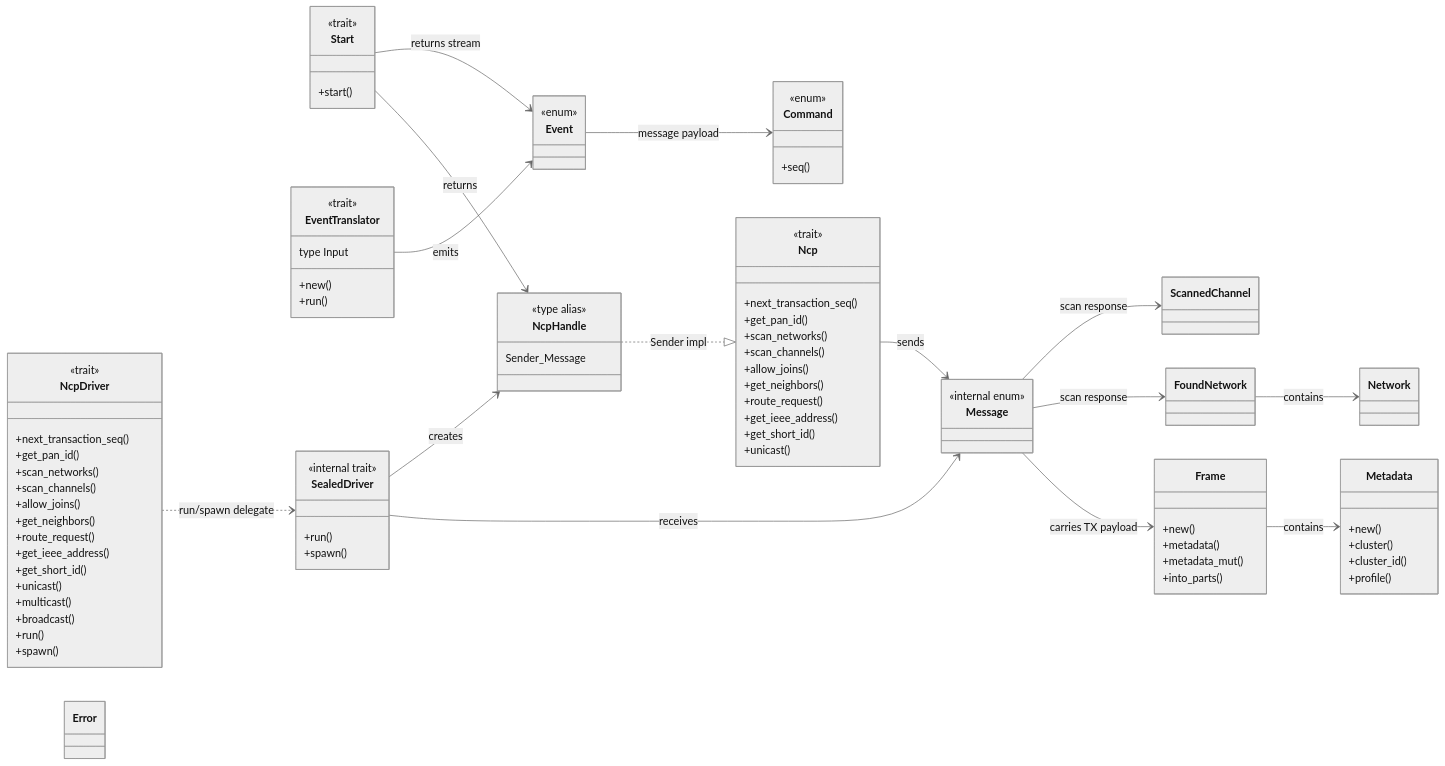
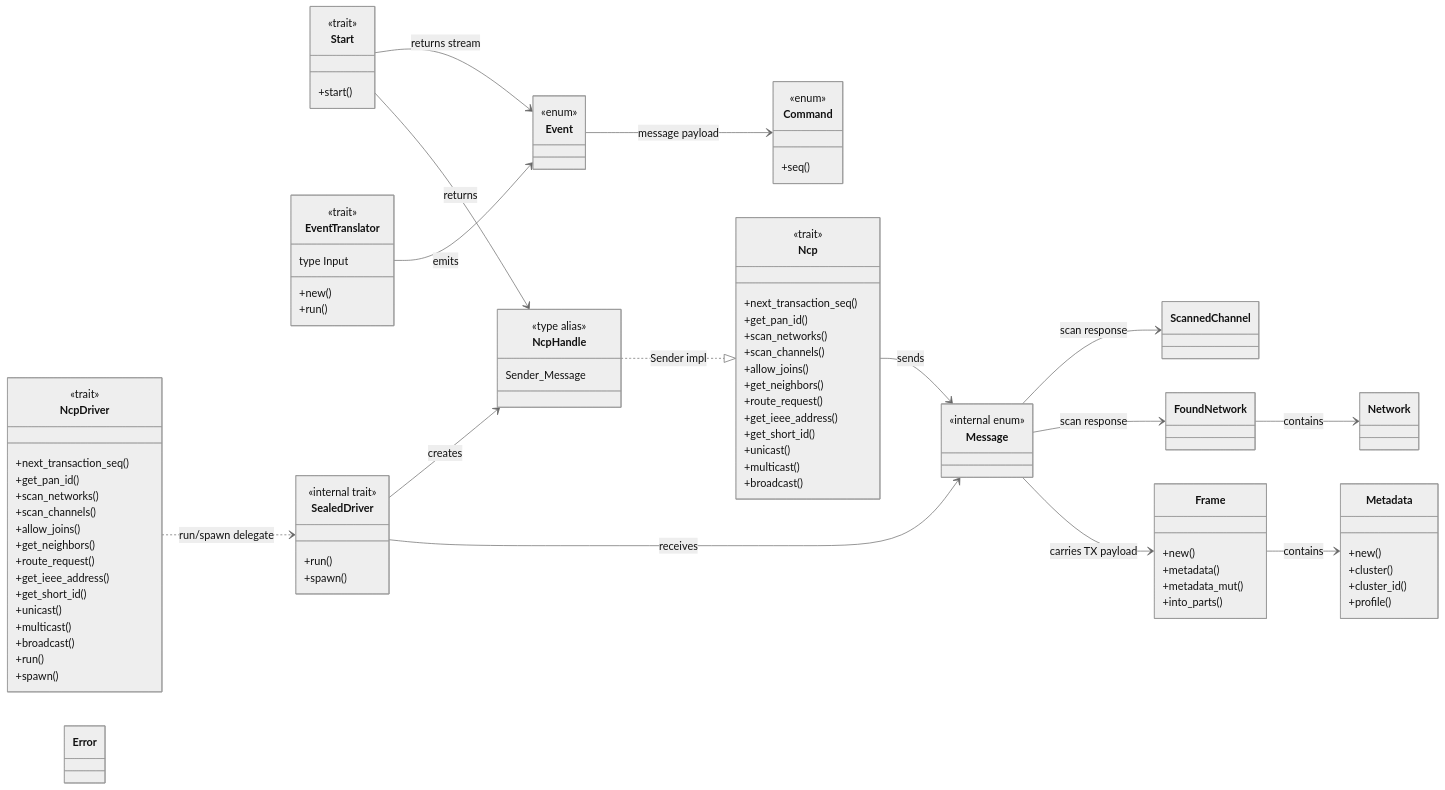
The first of 3 diagrams in apis-saltans-hw/ARCHITECTURE.md (PaulmannLighting/apis-saltans), drawn with Mermaid (neutral theme) before and after one commit. The commit also changed other lines of this file and 15 other files, not shown here.

```diff
--- a/apis-saltans-hw/ARCHITECTURE.md
+++ b/apis-saltans-hw/ARCHITECTURE.md
@@ -91,6 +91,8 @@
         +get_ieee_address()
         +get_short_id()
         +unicast()
+        +multicast()
+        +broadcast()
     }
 
     class NcpHandle {
```
